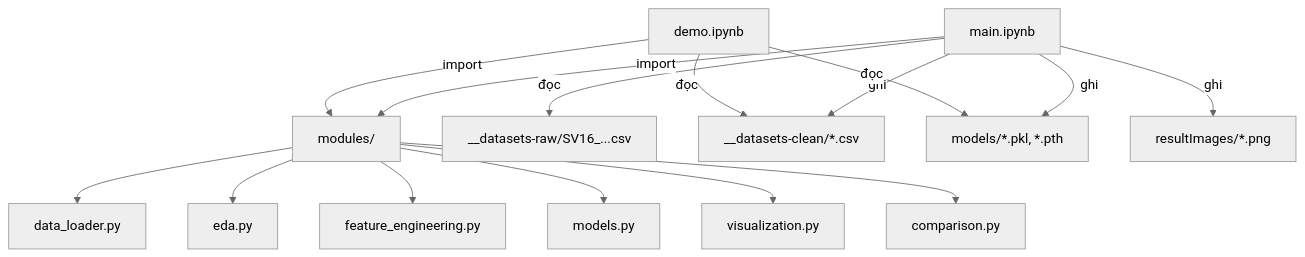
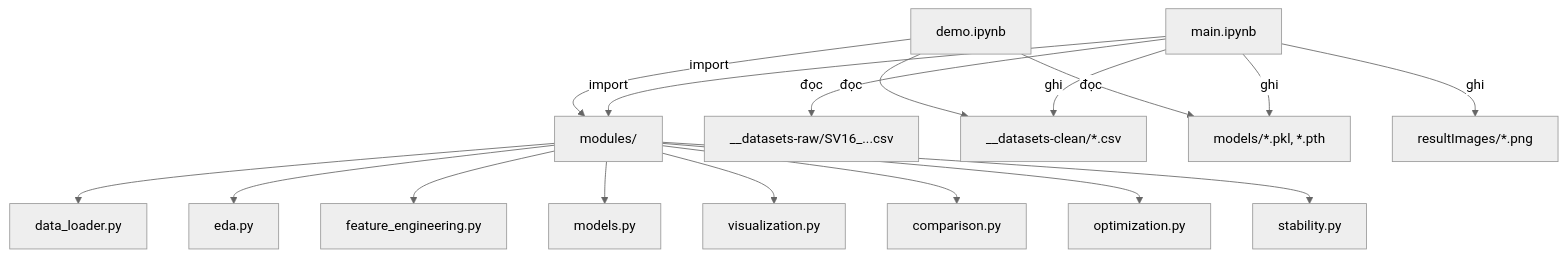
The first of 2 diagrams in .docs/workflow.md (Elaina69/Project_Machine-Learning), drawn with Mermaid (neutral theme) before and after one commit. The commit also changed other lines of this file and 30 other files, not shown here.

````diff
--- a/.docs/workflow.md
+++ b/.docs/workflow.md
@@ -5,19 +5,21 @@
 ```mermaid
 graph TD
     A["main.ipynb"] -->|import| B["modules/"]
     B --> B1["data_loader.py"]
     B --> B2["eda.py"]
     B --> B3["feature_engineering.py"]
     B --> B4["models.py"]
     B --> B5["visualization.py"]
     B --> B6["comparison.py"]
+    B --> B7["optimization.py"]
+    B --> B8["stability.py"]
 
     A -->|đọc| C["__datasets-raw/SV16_...csv"]
     A -->|ghi| D["__datasets-clean/*.csv"]
     A -->|ghi| E["models/*.pkl, *.pth"]
     A -->|ghi| F["resultImages/*.png"]
 
     G["demo.ipynb"] -->|đọc| D
     G -->|đọc| E
     G -->|import| B
 ```
````
